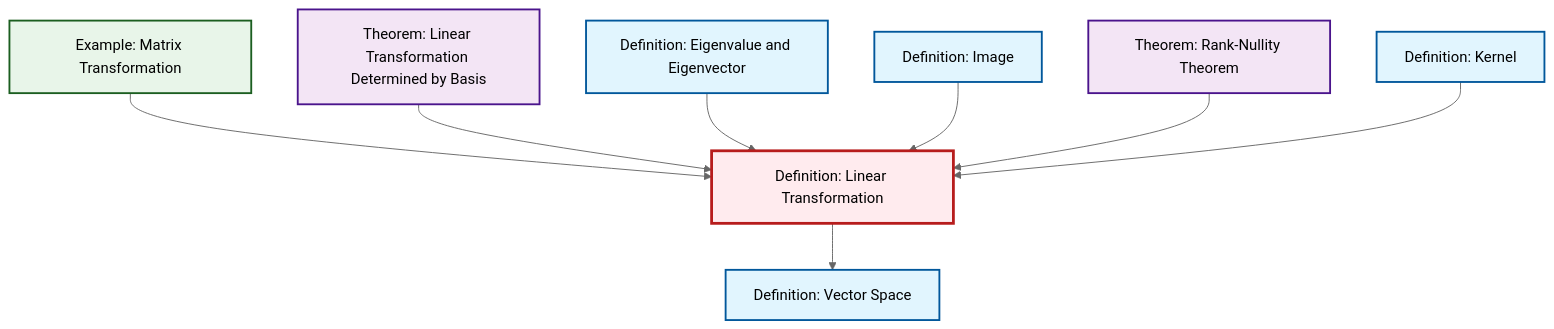
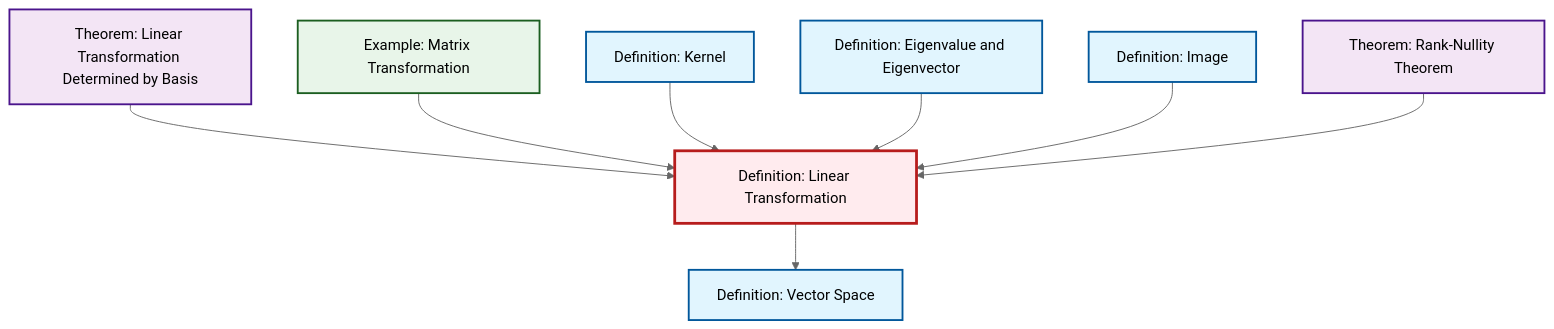
Before and after one commit to RK0429/ModernMath: the diagram in content/ja/algebra/def-linear-transformation.qmd, drawn with Mermaid (neutral theme). The commit also changed other lines of this file and 474 other files, not shown here.

````diff
--- a/content/ja/algebra/def-linear-transformation.qmd
+++ b/content/ja/algebra/def-linear-transformation.qmd
@@ -46,32 +46,32 @@
 ```{mermaid}
 %%| fig-cap: "Local dependency graph"
 graph TD
     classDef definition fill:#e1f5fe,stroke:#01579b,stroke-width:2px
     classDef theorem fill:#f3e5f5,stroke:#4a148c,stroke-width:2px
     classDef axiom fill:#fff3e0,stroke:#e65100,stroke-width:2px
     classDef example fill:#e8f5e9,stroke:#1b5e20,stroke-width:2px
     classDef current fill:#ffebee,stroke:#b71c1c,stroke-width:3px
+    def-image["Definition: Image"]:::definition
     def-linear-transformation["Definition: Linear Transformation"]:::definition
     thm-linear-transformation-basis["Theorem: Linear Transformation Determined by Basis"]:::theorem
     ex-matrix-transformation["Example: Matrix Transformation"]:::example
+    def-vector-space["Definition: Vector Space"]:::definition
     def-kernel["Definition: Kernel"]:::definition
-    def-image["Definition: Image"]:::definition
+    thm-rank-nullity["Theorem: Rank-Nullity Theorem"]:::theorem
     def-eigenvalue-eigenvector["Definition: Eigenvalue and Eigenvector"]:::definition
-    thm-rank-nullity["Theorem: Rank-Nullity Theorem"]:::theorem
-    def-vector-space["Definition: Vector Space"]:::definition
+    thm-linear-transformation-basis --> def-linear-transformation
     ex-matrix-transformation --> def-linear-transformation
-    def-linear-transformation --> def-vector-space
-    thm-linear-transformation-basis --> def-linear-transformation
+    def-kernel --> def-linear-transformation
     def-eigenvalue-eigenvector --> def-linear-transformation
     def-image --> def-linear-transformation
+    def-linear-transformation --> def-vector-space
     thm-rank-nullity --> def-linear-transformation
-    def-kernel --> def-linear-transformation
     class def-linear-transformation current
+    click def-image "def-image.html" "Definition: Imageへ"
     click thm-linear-transformation-basis "thm-linear-transformation-basis.html" "Theorem: Linear Transformation Determined by Basisへ"
     click ex-matrix-transformation "ex-matrix-transformation.html" "Example: Matrix Transformationへ"
+    click def-vector-space "def-vector-space.html" "Definition: Vector Spaceへ"
     click def-kernel "def-kernel.html" "Definition: Kernelへ"
-    click def-image "def-image.html" "Definition: Imageへ"
+    click thm-rank-nullity "thm-rank-nullity.html" "Theorem: Rank-Nullity Theoremへ"
     click def-eigenvalue-eigenvector "def-eigenvalue-eigenvector.html" "Definition: Eigenvalue and Eigenvectorへ"
-    click thm-rank-nullity "thm-rank-nullity.html" "Theorem: Rank-Nullity Theoremへ"
-    click def-vector-space "def-vector-space.html" "Definition: Vector Spaceへ"
 ```
````
